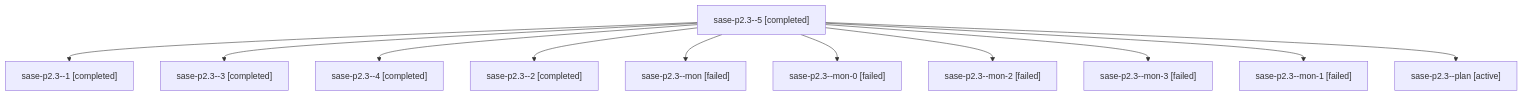
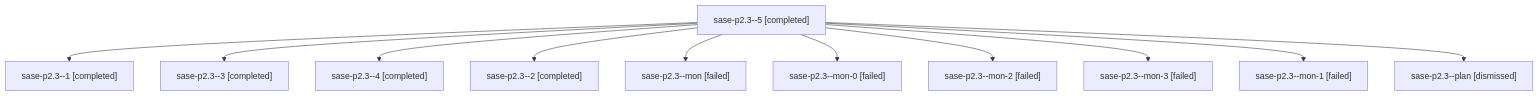
Before and after one commit to sase-org/sase--agents: the diagram in sessions/bbugyi200.athena.sase-p2.3.md, drawn with Mermaid. The commit also changed other lines of this file and 206 other files, not shown here.

````diff
--- a/sessions/bbugyi200.athena.sase-p2.3.md
+++ b/sessions/bbugyi200.athena.sase-p2.3.md
@@ -9,24 +9,24 @@
 ```mermaid
 flowchart TD
   n0["sase-p2.3--5 [completed]"]
   n1["sase-p2.3--1 [completed]"]
   n0 --> n1
   n2["sase-p2.3--3 [completed]"]
   n0 --> n2
   n3["sase-p2.3--4 [completed]"]
   n0 --> n3
   n4["sase-p2.3--2 [completed]"]
   n0 --> n4
   n5["sase-p2.3--mon [failed]"]
   n0 --> n5
   n6["sase-p2.3--mon-0 [failed]"]
   n0 --> n6
   n7["sase-p2.3--mon-2 [failed]"]
   n0 --> n7
   n8["sase-p2.3--mon-3 [failed]"]
   n0 --> n8
   n9["sase-p2.3--mon-1 [failed]"]
   n0 --> n9
-  n10["sase-p2.3--plan [active]"]
+  n10["sase-p2.3--plan [dismissed]"]
   n0 --> n10
 ```
````
